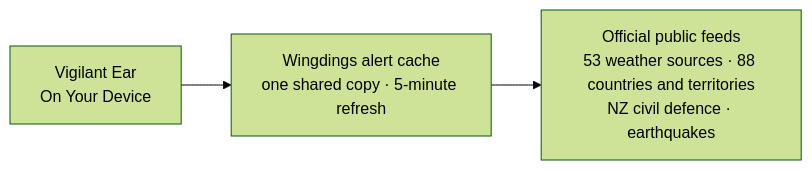
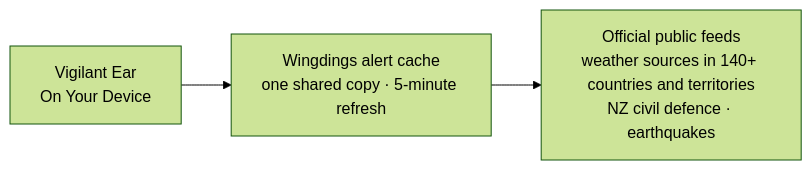
Before and after one commit to rpalm01-star/VigilantEarLegal: the fourth of 4 diagrams in README.md, drawn with Mermaid (forest theme). The commit also changed other lines of this file and 59 other files, not shown here.

````diff
--- a/README.md
+++ b/README.md
@@ -182,5 +182,5 @@
 ```mermaid
 graph LR
     P1["Vigilant Ear<br/>On Your Device"] --> W["Wingdings alert cache<br/>one shared copy · 5-minute refresh"]
-    W --> N["Official public feeds<br/>53 weather sources · 88 countries and territories<br/>NZ civil defence · earthquakes"]
+    W --> N["Official public feeds<br/>weather sources in 140+ countries and territories<br/>NZ civil defence · earthquakes"]
 ```
````
